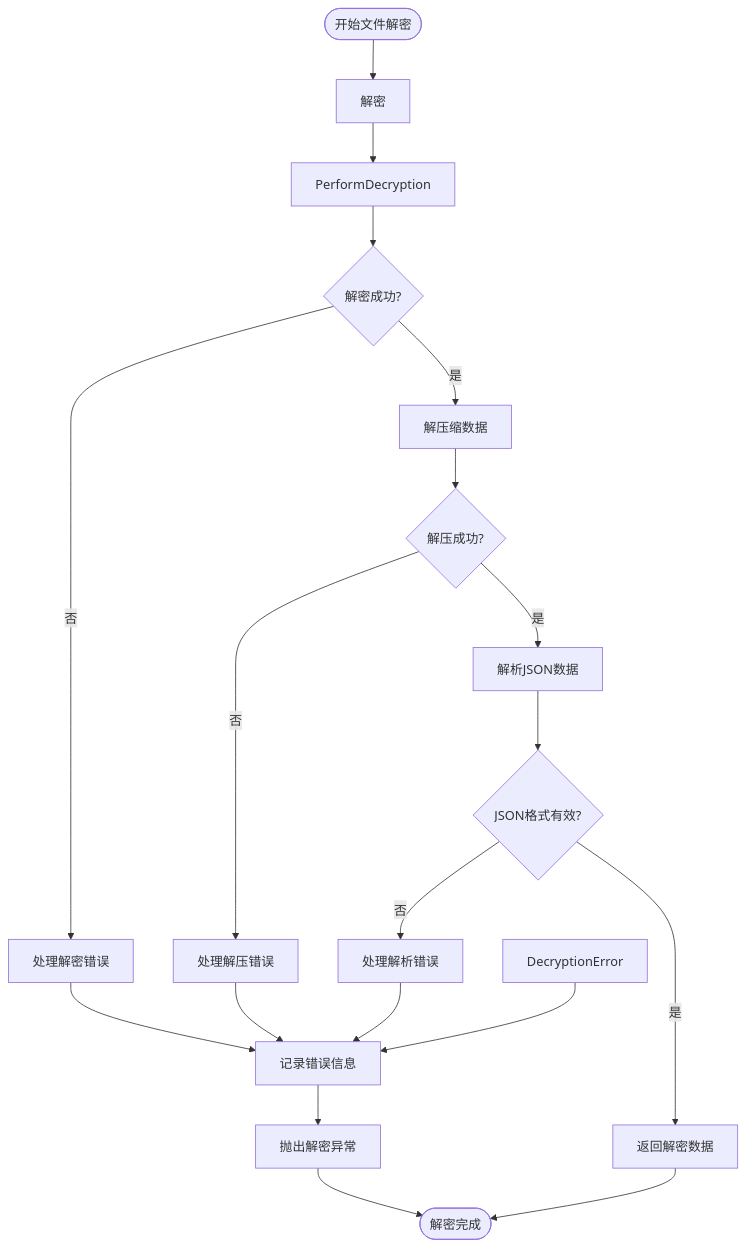
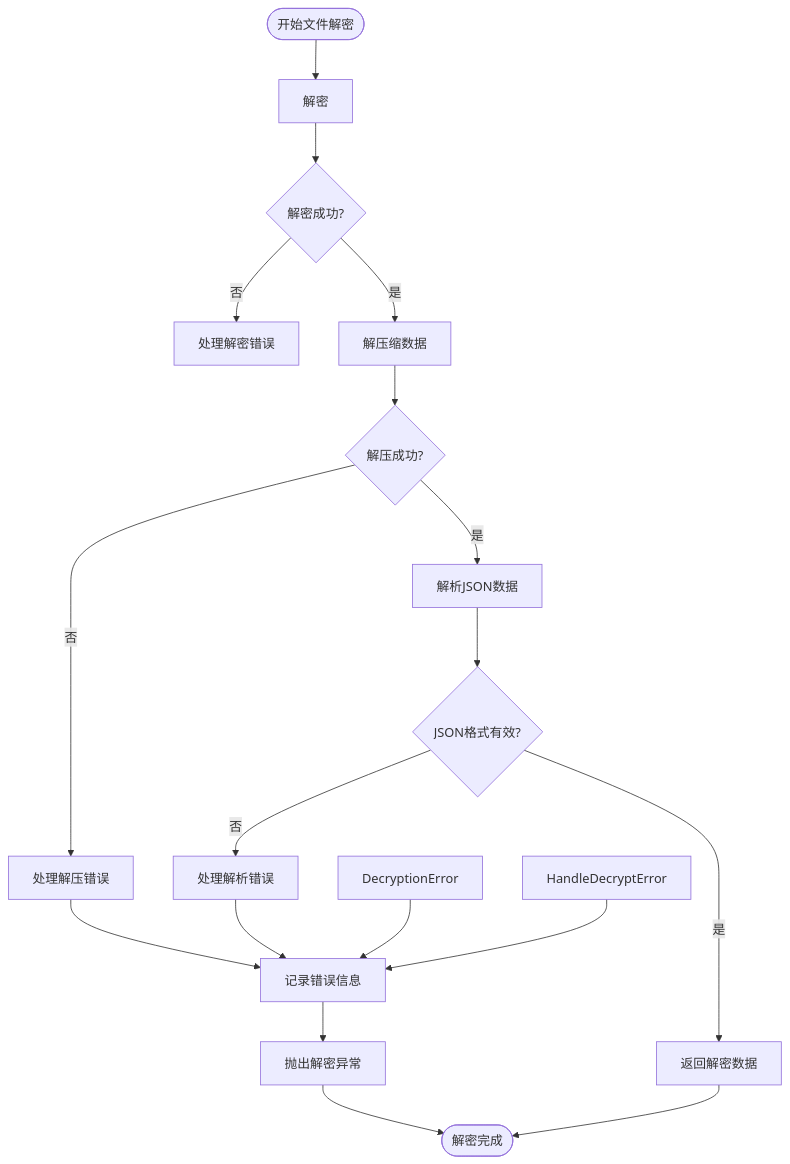
One commit to yingjianzh/iodraw-files changed the diagram in all/未命名-53.md. Above: the diagram before and after it, drawn with Mermaid.

Commit message:
2025-05-09 18:09:36 update

````diff
--- a/all/未命名-53.md
+++ b/all/未命名-53.md
@@ -1,27 +1,26 @@
 ```mermaid
 flowchart TD
     Start([开始文件解密]) --> ReadFile[解密]
-    ReadFile --> 
-    PerformDecryption --> DecryptionSuccess{解密成功?}
+    ReadFile --> DecryptionSuccess{解密成功?}
     
-    DecryptionSuccess -->|否| HandleDecryptError[处理解密错误]
+    DecryptionSuccess -->|否| A[处理解密错误]
     DecryptionSuccess -->|是| DecompressData[解压缩数据]
     
     DecompressData --> DecompressionSuccess{解压成功?}
     DecompressionSuccess -->|否| HandleDecompressError[处理解压错误]
     DecompressionSuccess -->|是| ParseJSON[解析JSON数据]
     
     ParseJSON --> JSONValid{JSON格式有效?}
     JSONValid -->|否| HandleParseError[处理解析错误]
     JSONValid -->|是| ReturnDecryptedData[返回解密数据]
     
     ReturnDecryptedData --> End([解密完成])
     
     DecryptionError --> LogError[记录错误信息]
     HandleDecryptError --> LogError
     HandleDecompressError --> LogError
     HandleParseError --> LogError
     
     LogError --> ThrowException[抛出解密异常]
     ThrowException --> End
 ```
````
